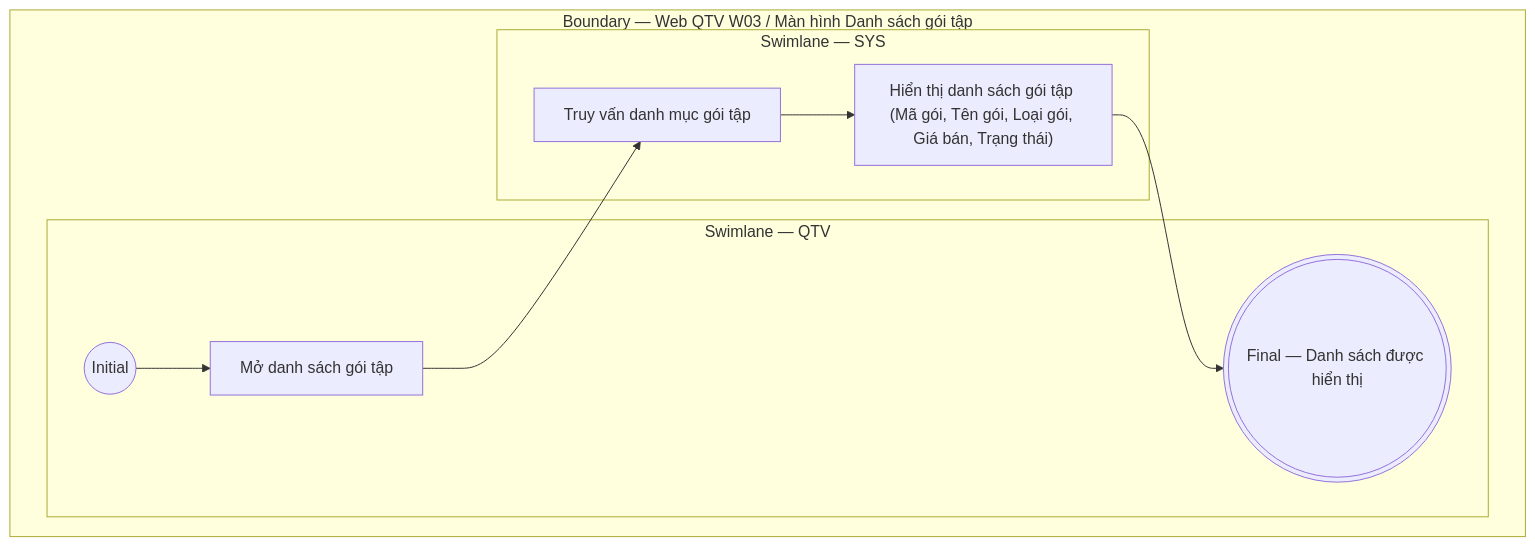
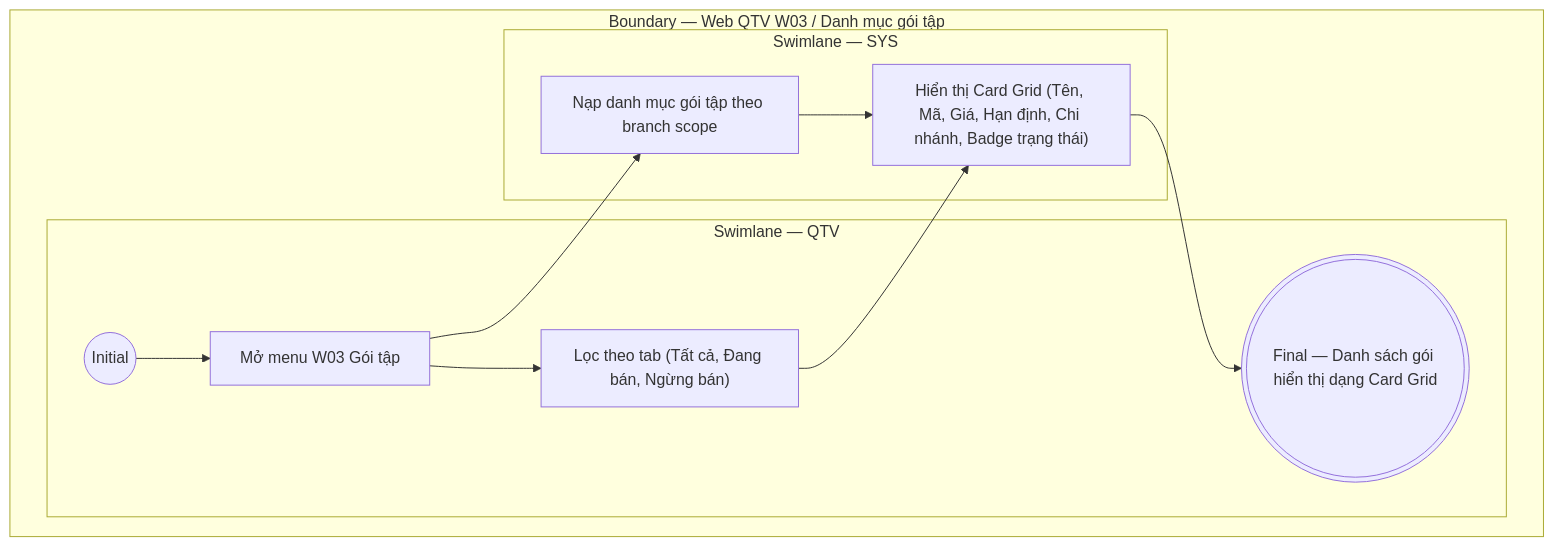
One commit to ThachY-23120411/Paradise-Gym-v2 changed the diagram in docs/user-stories/qtv/QTV-W03-Gói tập/QTV-W03-US01-Xem danh sách gói tập.md. Above: the diagram before and after it, drawn with Mermaid. The commit also changed other lines of this file and 97 other files, not shown here.

````diff
--- a/docs/user-stories/qtv/QTV-W03-Gói tập/QTV-W03-US01-Xem danh sách gói tập.md
+++ b/docs/user-stories/qtv/QTV-W03-Gói tập/QTV-W03-US01-Xem danh sách gói tập.md
@@ -25,16 +50,18 @@
 ```mermaid
 flowchart TB
-  subgraph B["Boundary — Web QTV W03 / Màn hình Danh sách gói tập"]
+  subgraph B["Boundary — Web QTV W03 / Danh mục gói tập"]
     subgraph L0["Swimlane — QTV"]
       I01(("Initial"))
-      A01["Mở danh sách gói tập"]
-      F01((("Final — Danh sách được hiển thị")))
-      I01 --> A01
+      A01["Mở menu W03 Gói tập"]
+      A02["Lọc theo tab (Tất cả, Đang bán, Ngừng bán)"]
+      F01((("Final — Danh sách gói hiển thị dạng Card Grid")))
+      I01 --> A01 --> A02
     end
     subgraph L1["Swimlane — SYS"]
-      S01["Truy vấn danh mục gói tập"]
-      S02["Hiển thị danh sách gói tập (Mã gói, Tên gói, Loại gói, Giá bán, Trạng thái)"]
+      S01["Nạp danh mục gói tập theo branch scope"]
+      S02["Hiển thị Card Grid (Tên, Mã, Giá, Hạn định, Chi nhánh, Badge trạng thái)"]
       A01 --> S01 --> S02 --> F01
+      A02 --> S02
     end
   end
 ```
````
